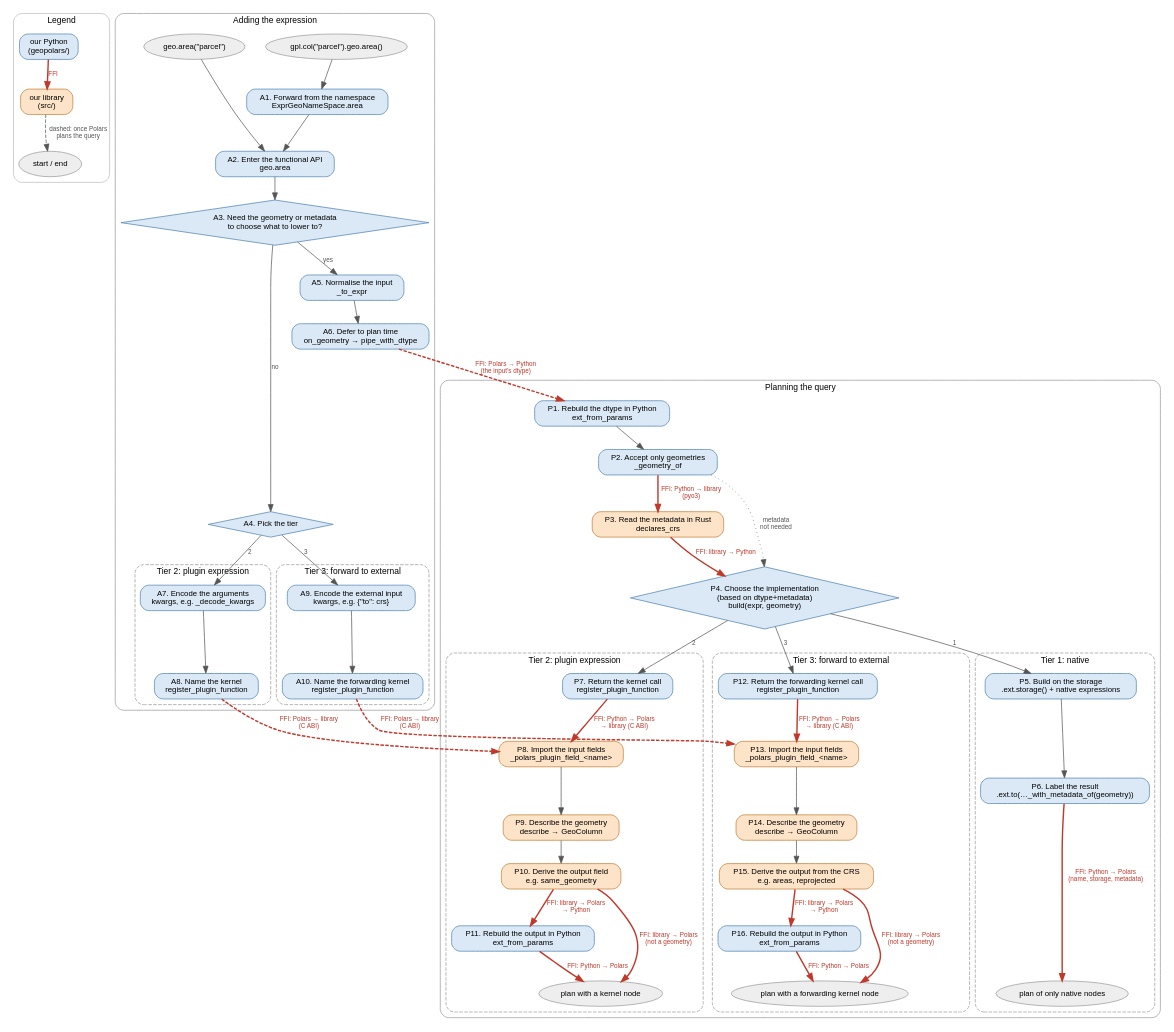
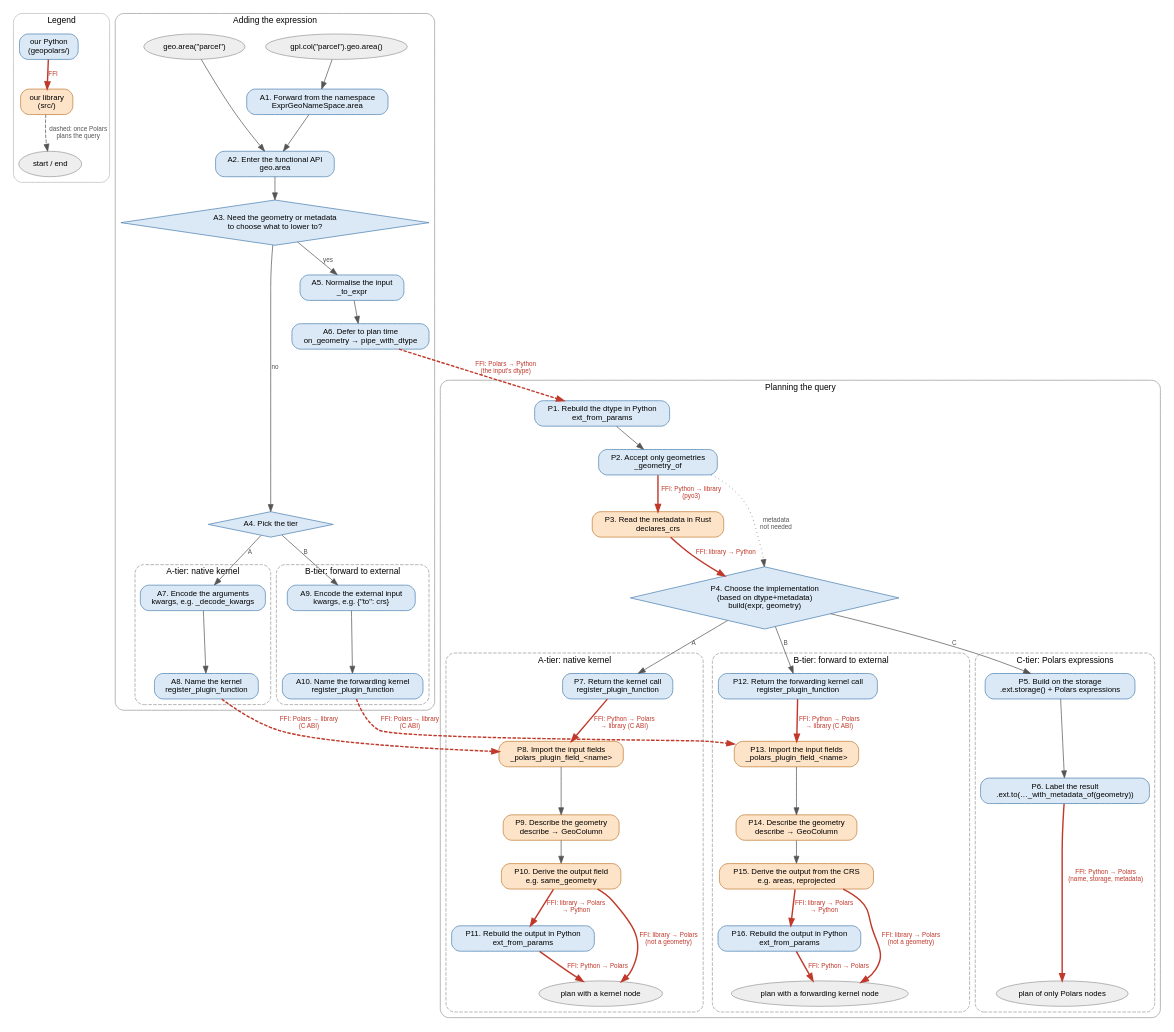
One commit to Aidavdw/geopolars changed the diagram in docs/expression-flow.dot. Above: the diagram before and after it, drawn with Graphviz. The commit also changed 2 other files, not shown here.

```diff
--- a/docs/expression-flow.dot
+++ b/docs/expression-flow.dot
@@ -1,176 +1,176 @@
 // Visualisation of a typical expression call.
 // See DEVELOPERS.md for a text companion of this ^-^
 //
 // Render with: dot -Tsvg docs/expression-flow.dot -o expression-flow.svg
 //
 // This diagram contains only code that is part of this plugin.
 // Whatever Polars does in between is left out.
 // Blue runs in our Python package, orange in our compiled library.
 // A red edge crosses the FFI.
 
 digraph expression_flow {
     graph [fontname = "Helvetica", fontsize = 12, rankdir = TB, nodesep = 0.4, ranksep = 0.45,
            newrank = true, ordering = out];
     node [fontname = "Helvetica", fontsize = 11, shape = box, style = "rounded,filled",
           fillcolor = "#dbe9f6", color = "#4a7fb0"];
     edge [fontname = "Helvetica", fontsize = 9, color = "#555555", fontcolor = "#555555"];
 
     subgraph cluster_legend {
         label = "Legend"; style = "rounded"; color = "#bbbbbb";
         legend_python [label = "our Python\n(geopolars/)"];
         legend_rust [label = "our library\n(src/)", fillcolor = "#fde3c8", color = "#c07a30"];
         legend_end [label = "start / end", shape = ellipse, style = "filled", fillcolor = "#eeeeee",
                     color = "#999999"];
         legend_python -> legend_rust [label = "FFI", color = "#c0392b", fontcolor = "#c0392b",
                                       penwidth = 2];
         legend_rust -> legend_end [label = "dashed: once Polars\nplans the query", style = dashed];
     }
 
     // ---------------------------------------------------------------- adding
     subgraph cluster_adding {
         label = "Adding the expression"; style = "rounded"; color = "#999999";
 
         start_namespace [label = "gpl.col(\"parcel\").geo.area()", shape = ellipse,
                          style = "filled", fillcolor = "#eeeeee", color = "#999999"];
         start_functional [label = "geo.area(\"parcel\")", shape = ellipse,
                           style = "filled", fillcolor = "#eeeeee", color = "#999999"];
         A1 [label = "A1. Forward from the namespace\nExprGeoNameSpace.area"];
         A2 [label = "A2. Enter the functional API\ngeo.area"];
         A3 [label = "A3. Need the geometry or metadata\nto choose what to lower to?",
             shape = diamond, style = "filled"];
         A4 [label = "A4. Pick the tier", shape = diamond, style = "filled"];
 
         // plan-time callback
         A5 [label = "A5. Normalise the input\n_to_expr"];
         A6 [label = "A6. Defer to plan time\non_geometry → pipe_with_dtype"];
 
-        subgraph cluster_adding_tier2 {
-            label = "Tier 2: plugin expression"; style = "rounded,dashed"; color = "#999999";
+        subgraph cluster_adding_tier_a {
+            label = "A-tier: native kernel"; style = "rounded,dashed"; color = "#999999";
             A7 [label = "A7. Encode the arguments\nkwargs, e.g. _decode_kwargs"];
             A8 [label = "A8. Name the kernel\nregister_plugin_function"];
         }
 
-        subgraph cluster_adding_tier3 {
-            label = "Tier 3: forward to external"; style = "rounded,dashed"; color = "#999999";
+        subgraph cluster_adding_tier_b {
+            label = "B-tier: forward to external"; style = "rounded,dashed"; color = "#999999";
             A9 [label = "A9. Encode the external input\nkwargs, e.g. {\"to\": crs}"];
             A10 [label = "A10. Name the forwarding kernel\nregister_plugin_function"];
         }
 
         start_namespace -> A1;
         start_functional -> A2;
         A1 -> A2;
         A2 -> A3;
         A3 -> A5 [label = "yes"];
         A3 -> A4 [label = "no"];
-        A4 -> A7 [label = "2"];
-        A4 -> A9 [label = "3"];
+        A4 -> A7 [label = "A"];
+        A4 -> A9 [label = "B"];
         A5 -> A6;
         A7 -> A8;
         A9 -> A10;
 
         {rank = same; start_namespace; start_functional;}
         {rank = same; A7; A9;}
         {rank = same; A8; A10;}
     }
 
     // -------------------------------------------------------------- planning
     subgraph cluster_planning {
         label = "Planning the query"; style = "rounded"; color = "#999999";
 
         P1 [label = "P1. Rebuild the dtype in Python\next_from_params"];
         P2 [label = "P2. Accept only geometries\n_geometry_of"];
         P3 [label = "P3. Read the metadata in Rust\ndeclares_crs",
             fillcolor = "#fde3c8", color = "#c07a30"];
         P4 [label = "P4. Choose the implementation\n(based on dtype+metadata)\nbuild(expr, geometry)", shape = diamond,
             style = "filled"];
 
-        subgraph cluster_planning_tier1 {
-            label = "Tier 1: native"; style = "rounded,dashed"; color = "#999999";
-            P5 [label = "P5. Build on the storage\n.ext.storage() + native expressions"];
+        subgraph cluster_planning_tier_c {
+            label = "C-tier: Polars expressions"; style = "rounded,dashed"; color = "#999999";
+            P5 [label = "P5. Build on the storage\n.ext.storage() + Polars expressions"];
             P6 [label = "P6. Label the result\n.ext.to(…_with_metadata_of(geometry))"];
-            end1 [label = "plan of only native nodes", shape = ellipse, style = "filled",
+            end1 [label = "plan of only Polars nodes", shape = ellipse, style = "filled",
                   fillcolor = "#eeeeee", color = "#999999"];
         }
 
-        subgraph cluster_planning_tier2 {
-            label = "Tier 2: plugin expression"; style = "rounded,dashed"; color = "#999999";
+        subgraph cluster_planning_tier_a {
+            label = "A-tier: native kernel"; style = "rounded,dashed"; color = "#999999";
             P7 [label = "P7. Return the kernel call\nregister_plugin_function"];
             P8 [label = "P8. Import the input fields\n_polars_plugin_field_<name>",
                 fillcolor = "#fde3c8", color = "#c07a30"];
             P9 [label = "P9. Describe the geometry\ndescribe → GeoColumn",
                 fillcolor = "#fde3c8", color = "#c07a30"];
             P10 [label = "P10. Derive the output field\ne.g. same_geometry",
                  fillcolor = "#fde3c8", color = "#c07a30"];
             P11 [label = "P11. Rebuild the output in Python\next_from_params"];
             end2 [label = "plan with a kernel node", shape = ellipse, style = "filled",
                   fillcolor = "#eeeeee", color = "#999999"];
         }
 
-        subgraph cluster_planning_tier3 {
-            label = "Tier 3: forward to external"; style = "rounded,dashed"; color = "#999999";
+        subgraph cluster_planning_tier_b {
+            label = "B-tier: forward to external"; style = "rounded,dashed"; color = "#999999";
             P12 [label = "P12. Return the forwarding kernel call\nregister_plugin_function"];
             P13 [label = "P13. Import the input fields\n_polars_plugin_field_<name>",
                  fillcolor = "#fde3c8", color = "#c07a30"];
             P14 [label = "P14. Describe the geometry\ndescribe → GeoColumn",
                  fillcolor = "#fde3c8", color = "#c07a30"];
             P15 [label = "P15. Derive the output from the CRS\ne.g. areas, reprojected",
                  fillcolor = "#fde3c8", color = "#c07a30"];
             P16 [label = "P16. Rebuild the output in Python\next_from_params"];
             end3 [label = "plan with a forwarding kernel node", shape = ellipse, style = "filled",
                   fillcolor = "#eeeeee", color = "#999999"];
         }
 
         // shared
         P1 -> P2;
         P2 -> P3 [label = "FFI: Python → library\n(pyo3)", color = "#c0392b",
                   fontcolor = "#c0392b", penwidth = 2];
         P3 -> P4 [label = "FFI: library → Python", color = "#c0392b", fontcolor = "#c0392b",
                   penwidth = 2];
         P2 -> P4 [label = "metadata\nnot needed", style = dotted];
-        P4 -> P5 [label = "1"];
-        P4 -> P7 [label = "2"];
-        P4 -> P12 [label = "3"];
+        P4 -> P5 [label = "C"];
+        P4 -> P7 [label = "A"];
+        P4 -> P12 [label = "B"];
 
-        // tier 1
+        // C-tier
         P5 -> P6;
         P6 -> end1 [label = "FFI: Python → Polars\n(name, storage, metadata)", color = "#c0392b",
                     fontcolor = "#c0392b", penwidth = 2];
 
-        // tier 2
+        // A-tier
         P7 -> P8 [label = "FFI: Python → Polars\n→ library (C ABI)", color = "#c0392b",
                   fontcolor = "#c0392b", penwidth = 2];
         P8 -> P9;
         P9 -> P10;
         P10 -> P11 [label = "FFI: library → Polars\n→ Python", color = "#c0392b",
                     fontcolor = "#c0392b", penwidth = 2];
         P10 -> end2 [label = "FFI: library → Polars\n(not a geometry)", color = "#c0392b",
                      fontcolor = "#c0392b", penwidth = 2];
         P11 -> end2 [label = "FFI: Python → Polars", color = "#c0392b", fontcolor = "#c0392b",
                      penwidth = 2];
 
-        // tier 3
+        // B-tier
         P12 -> P13 [label = "FFI: Python → Polars\n→ library (C ABI)", color = "#c0392b",
                     fontcolor = "#c0392b", penwidth = 2];
         P13 -> P14;
         P14 -> P15;
         P15 -> P16 [label = "FFI: library → Polars\n→ Python", color = "#c0392b",
                     fontcolor = "#c0392b", penwidth = 2];
         P15 -> end3 [label = "FFI: library → Polars\n(not a geometry)", color = "#c0392b",
                      fontcolor = "#c0392b", penwidth = 2];
         P16 -> end3 [label = "FFI: Python → Polars", color = "#c0392b", fontcolor = "#c0392b",
                      penwidth = 2];
 
         {rank = same; P5; P7; P12;}
         {rank = same; P8; P13;}
         {rank = same; end1; end2; end3;}
     }
 
     // ----------------------------------------------- from adding to planning
     // Each tier's expression enters the plan where its branch picks up again.
     A6 -> P1 [label = "FFI: Polars → Python\n(the input's dtype)", style = dashed,
               color = "#c0392b", fontcolor = "#c0392b", penwidth = 2];
     A8 -> P8 [label = "FFI: Polars → library\n(C ABI)", style = dashed, color = "#c0392b",
               fontcolor = "#c0392b", penwidth = 2];
     A10 -> P13 [label = "FFI: Polars → library\n(C ABI)", style = dashed, color = "#c0392b",
                fontcolor = "#c0392b", penwidth = 2];
 }
```
